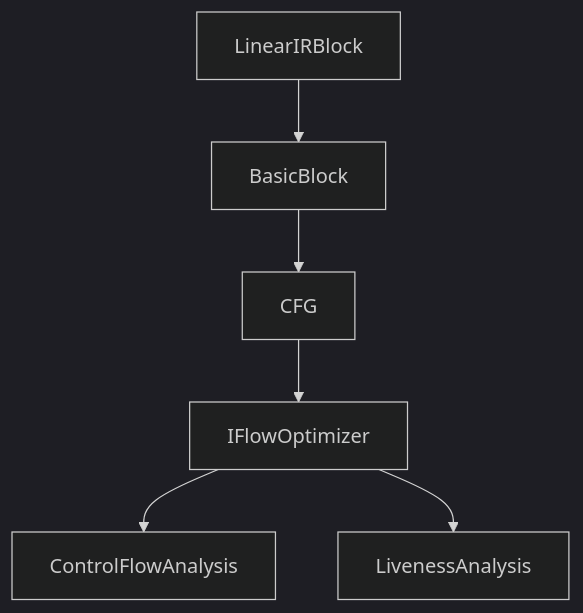
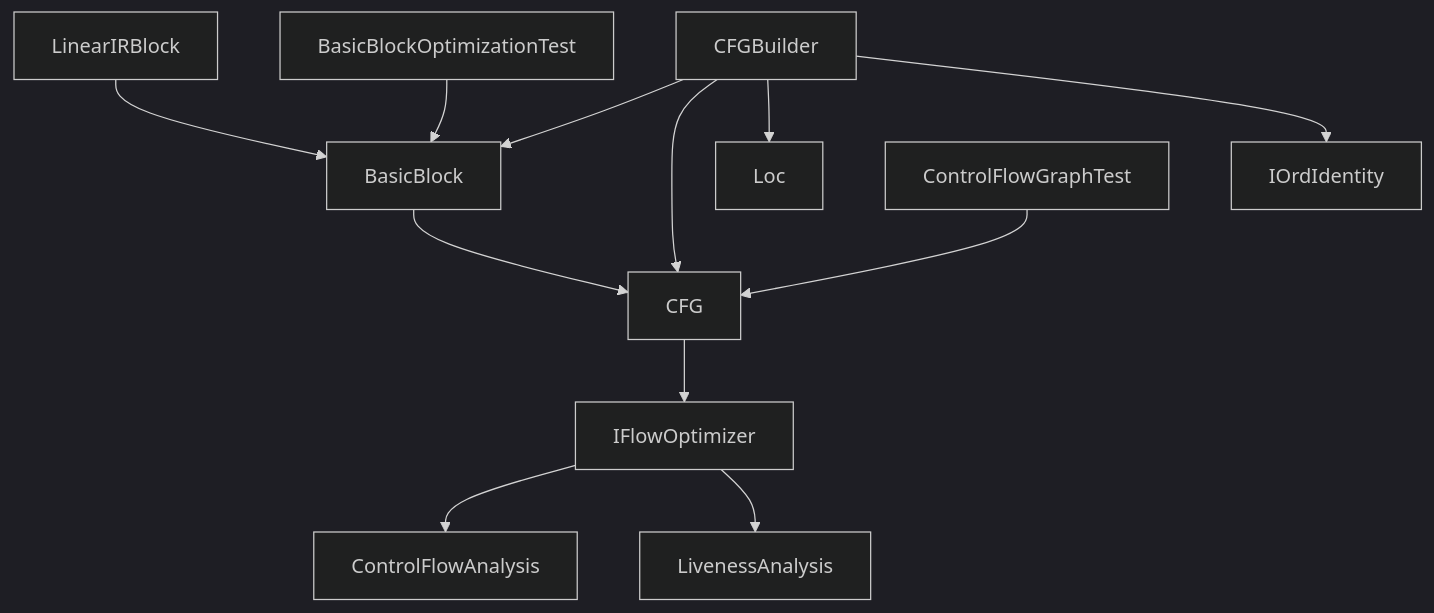
Before and after one commit to whtoo/How_to_implment_PL_in_Antlr4: the fifth of 13 diagrams in ep20/docs/module-interaction.md, drawn with Mermaid (dark theme). The commit also changed other lines of this file and 11 other files, not shown here.

First line of the commit message:
docs(README): 更新项目文档和架构图

````diff
--- a/ep20/docs/module-interaction.md
+++ b/ep20/docs/module-interaction.md
@@ -100,8 +136,16 @@
 ```mermaid
 graph TD
     A[BasicBlock] --> B[CFG]
     C[LinearIRBlock] --> A
     D[IFlowOptimizer] --> E[ControlFlowAnalysis]
     D --> F[LivenessAnalysis]
     B --> D
+    
+    G[CFGBuilder] --> A
+    G --> B
+    G --> H[Loc]
+    G --> I[IOrdIdentity]
+    
+    J[BasicBlockOptimizationTest] --> A
+    K[ControlFlowGraphTest] --> B
 ```
````
